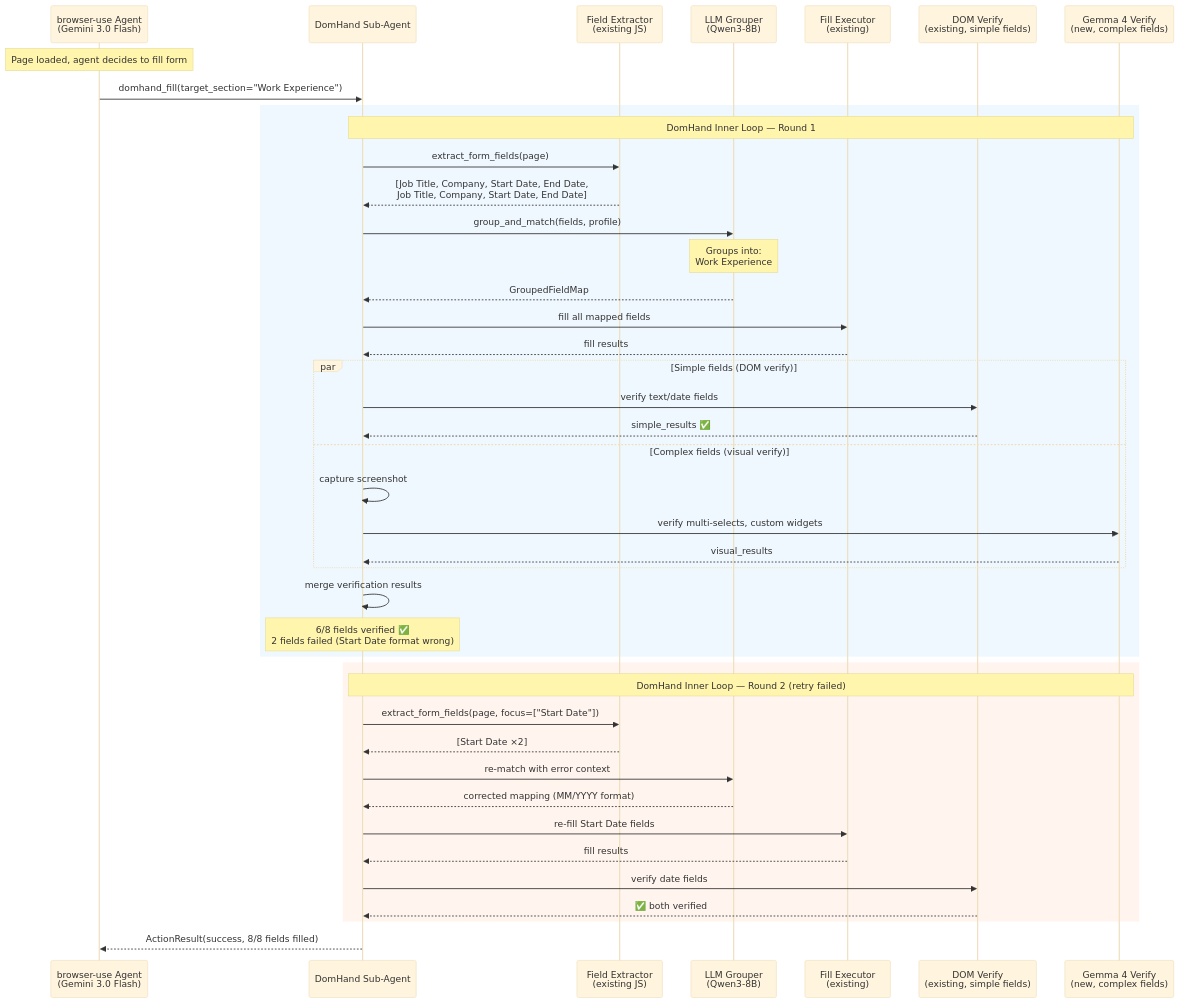
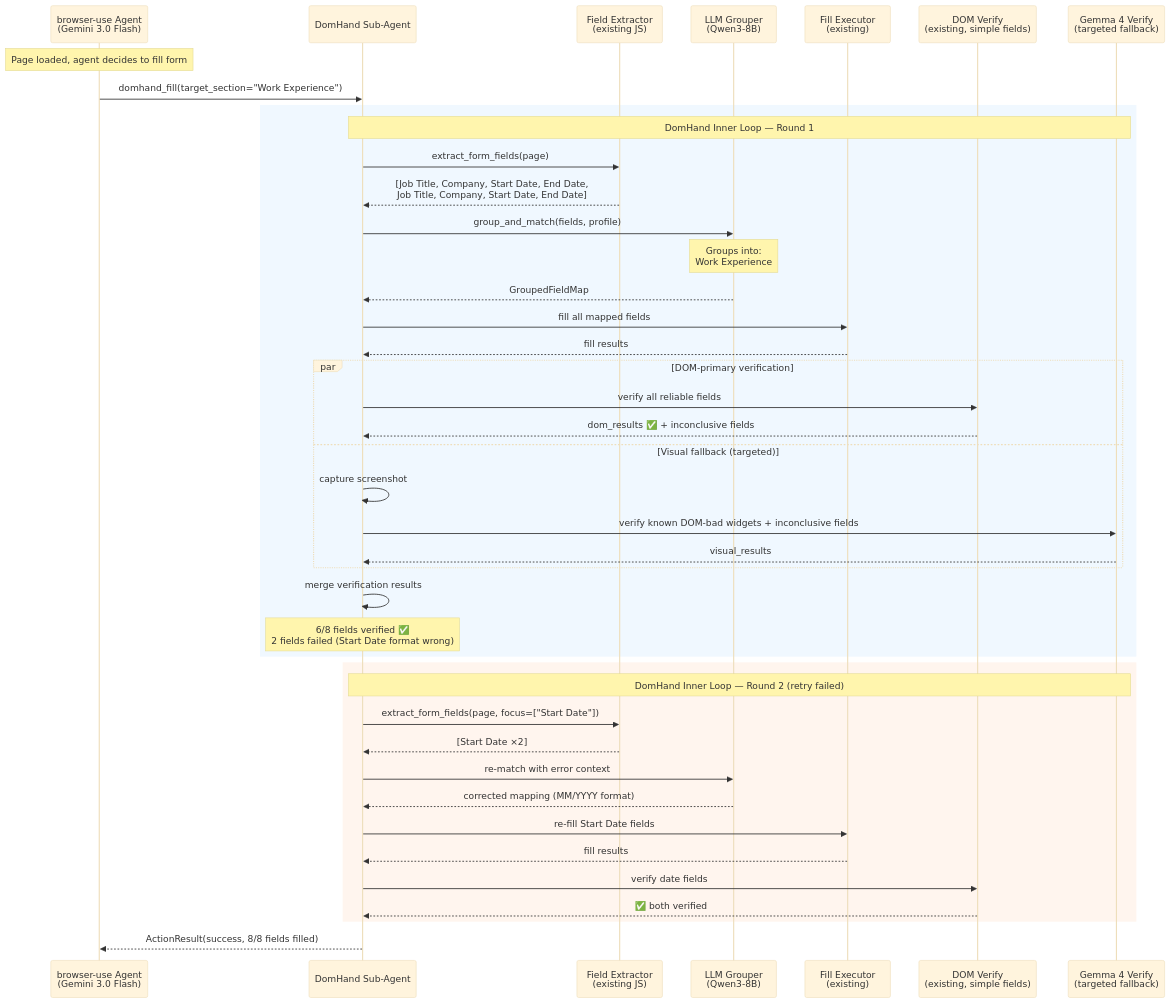
One commit to WeKruit/Hand-X changed the fifth of 7 diagrams in .planning/research/V4.0-DOMHAND-ENRICHMENT-OOD.md. Above: the diagram before and after it, drawn with Mermaid (base theme). The commit also changed other lines of this file, not shown here.

Commit message:
docs: update domhand enrichment OOD

````diff
--- a/.planning/research/V4.0-DOMHAND-ENRICHMENT-OOD.md
+++ b/.planning/research/V4.0-DOMHAND-ENRICHMENT-OOD.md
@@ -572,55 +615,55 @@
 ```mermaid
 sequenceDiagram
-    participant BU as browser-use Agent<br/>(Gemini 3.0 Flash)
+    participant BAgent as browser-use Agent<br/>(Gemini 3.0 Flash)
     participant DH as DomHand Sub-Agent
     participant FE as Field Extractor<br/>(existing JS)
     participant LG as LLM Grouper<br/>(Qwen3-8B)
     participant FX as Fill Executor<br/>(existing)
     participant DOM as DOM Verify<br/>(existing, simple fields)
-    participant G4 as Gemma 4 Verify<br/>(new, complex fields)
+    participant G4 as Gemma 4 Verify<br/>(targeted fallback)
 
-    Note over BU: Page loaded, agent decides to fill form
-    BU->>DH: domhand_fill(target_section="Work Experience")
+    Note over BAgent: Page loaded, agent decides to fill form
+    BAgent->>DH: domhand_fill(target_section="Work Experience")
 
     rect rgb(240, 248, 255)
         Note over DH,G4: DomHand Inner Loop — Round 1
         DH->>FE: extract_form_fields(page)
         FE-->>DH: [Job Title, Company, Start Date, End Date,<br/>Job Title, Company, Start Date, End Date]
 
         DH->>LG: group_and_match(fields, profile)
         Note over LG: Groups into:<br/>Work Experience #1: [Title, Company, Start, End]<br/>Work Experience #2: [Title, Company, Start, End]<br/>Maps each to correct profile entry
         LG-->>DH: GroupedFieldMap
 
         DH->>FX: fill all mapped fields
         FX-->>DH: fill results
 
-        par Simple fields (DOM verify)
-            DH->>DOM: verify text/date fields
-            DOM-->>DH: simple_results ✅
-        and Complex fields (visual verify)
+        par DOM-primary verification
+            DH->>DOM: verify all reliable fields
+            DOM-->>DH: dom_results ✅ + inconclusive fields
+        and Visual fallback (targeted)
             DH->>DH: capture screenshot
-            DH->>G4: verify multi-selects, custom widgets
+            DH->>G4: verify known DOM-bad widgets + inconclusive fields
             G4-->>DH: visual_results
         end
 
         DH->>DH: merge verification results
         Note over DH: 6/8 fields verified ✅<br/>2 fields failed (Start Date format wrong)
     end
 
     rect rgb(255, 245, 238)
         Note over DH,G4: DomHand Inner Loop — Round 2 (retry failed)
         DH->>FE: extract_form_fields(page, focus=["Start Date"])
         FE-->>DH: [Start Date ×2]
 
         DH->>LG: re-match with error context
         LG-->>DH: corrected mapping (MM/YYYY format)
 
         DH->>FX: re-fill Start Date fields
         FX-->>DH: fill results
 
         DH->>DOM: verify date fields
         DOM-->>DH: ✅ both verified
     end
 
-    DH-->>BU: ActionResult(success, 8/8 fields filled)
+    DH-->>BAgent: ActionResult(success, 8/8 fields filled)
 ```
````
